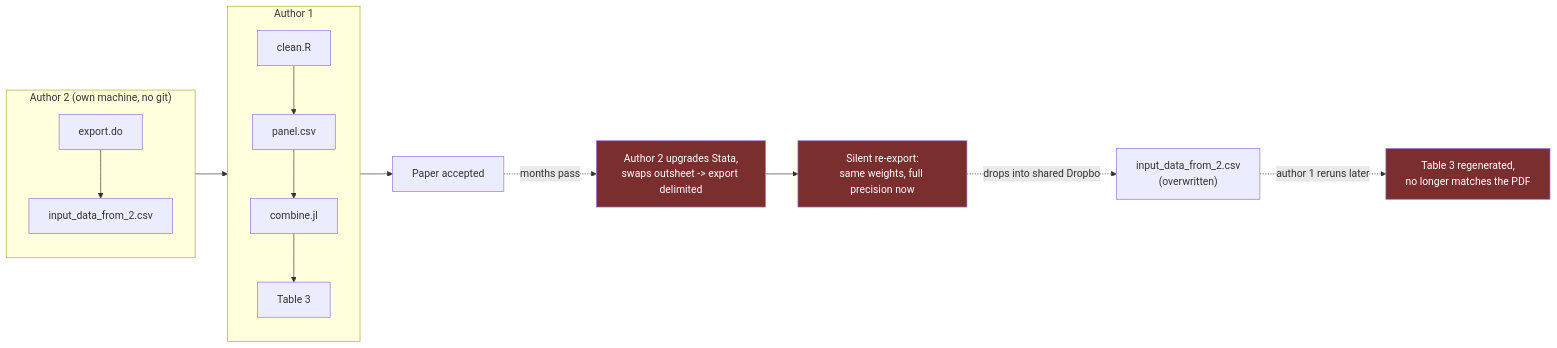
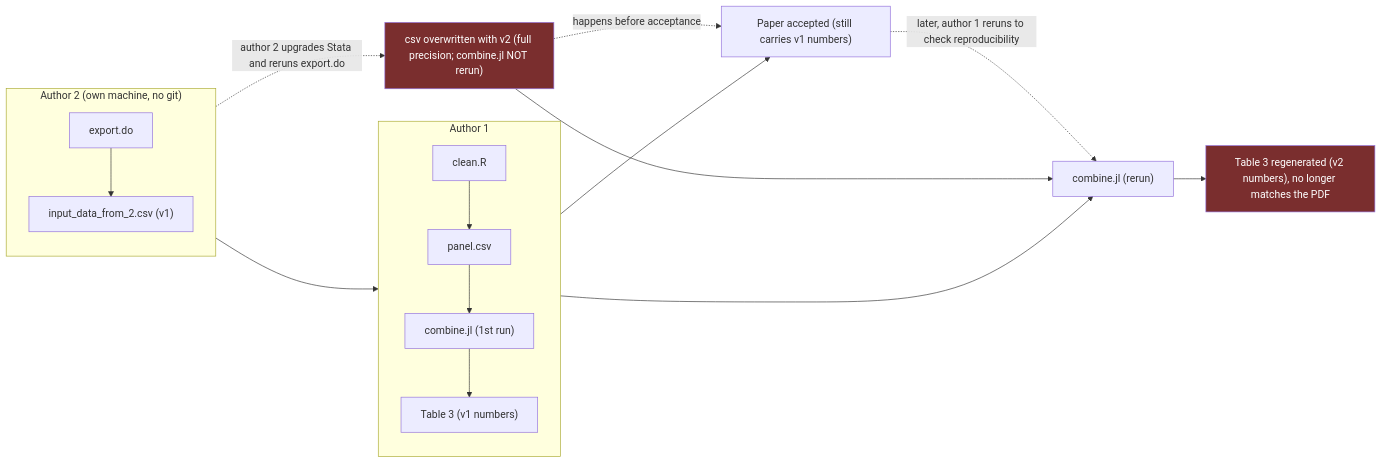
The first of 3 diagrams in demo/README.md (floswald/DeadReckoning), drawn with Mermaid before and after one commit. The commit also changed other lines of this file and 49 other files, not shown here.

````diff
--- a/demo/README.md
+++ b/demo/README.md
@@ -136,23 +136,26 @@
 ```mermaid
 flowchart LR
     subgraph A1["Author 1"]
         direction TB
         clean["clean.R"] --> panel["panel.csv"]
-        combine["combine.jl"] --> table["Table 3"]
+        combine1["combine.jl (1st run)"] --> table1["Table 3 (v1 numbers)"]
     end
     subgraph A2["Author 2 (own machine, no git)"]
         direction TB
-        export["export.do"] --> csv["input_data_from_2.csv"]
+        export["export.do"] --> csv1["input_data_from_2.csv (v1)"]
     end
-    panel --> combine
-    csv --> combine
-    table --> accepted["Paper accepted"]
-    accepted -.months pass.-> upgrade["Author 2 upgrades Stata,\nswaps outsheet -> export delimited"]
-    upgrade --> reexport["Silent re-export:\nsame weights, full precision now"]
-    reexport -.drops into shared Dropbox.-> csv2["input_data_from_2.csv\n(overwritten)"]
-    csv2 -.author 1 reruns later.-> wrong["Table 3 regenerated,\nno longer matches the PDF"]
+    panel --> combine1
+    csv1 --> combine1
+    table1 --> accepted["Paper accepted (still carries v1 numbers)"]
 
-    style upgrade fill:#7a2e2e,color:#fff
+    csv1 -.->|"author 2 upgrades Stata and reruns export.do"| reexport["csv overwritten with v2 (full precision; combine.jl NOT rerun)"]
+    reexport -.->|"happens before acceptance"| accepted
+
+    accepted -.->|"later, author 1 reruns to check reproducibility"| combine2["combine.jl (rerun)"]
+    panel --> combine2
+    reexport --> combine2
+    combine2 --> wrong["Table 3 regenerated (v2 numbers), no longer matches the PDF"]
+
     style reexport fill:#7a2e2e,color:#fff
     style wrong fill:#7a2e2e,color:#fff
 ```
````
